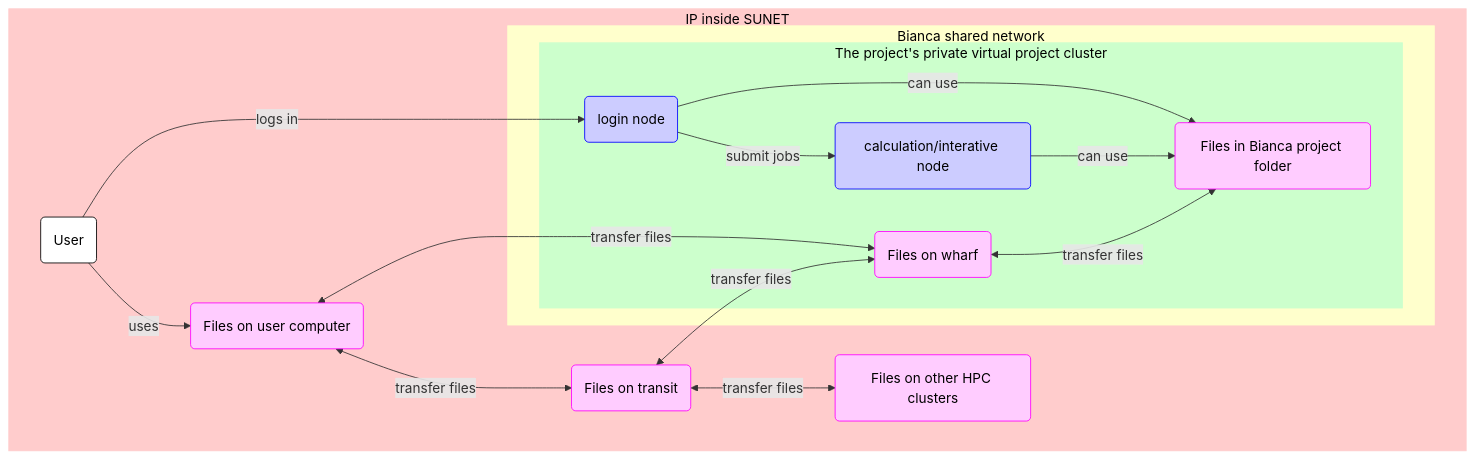
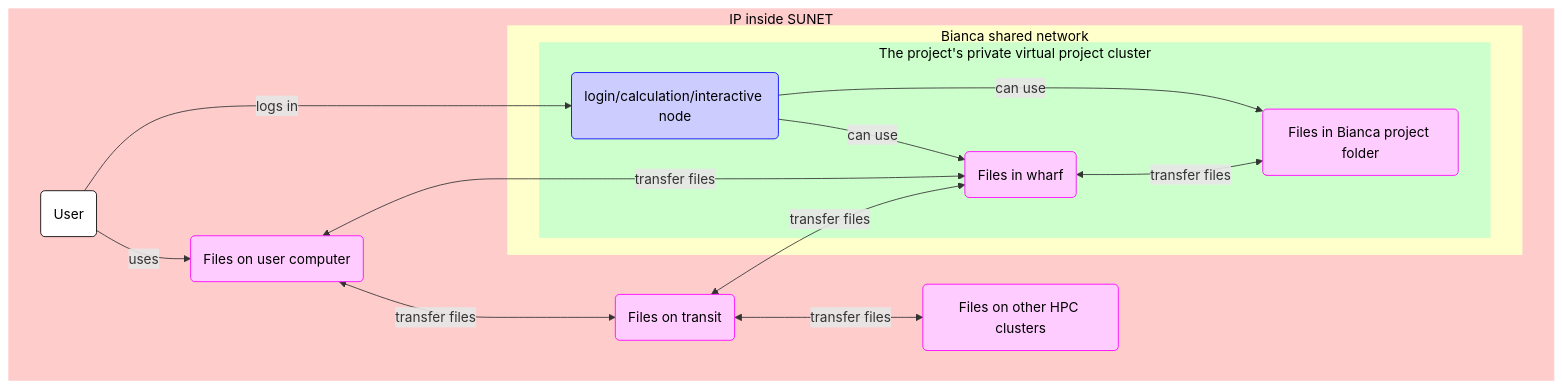
The second of 2 diagrams in docs/cluster_guides/bianca_file_transfer_using_gui.md (UPPMAX/UPPMAX-documentation), drawn with Mermaid before and after one commit. The commit also changed other lines of this file, not shown here.

````diff
--- a/docs/cluster_guides/bianca_file_transfer_using_gui.md
+++ b/docs/cluster_guides/bianca_file_transfer_using_gui.md
@@ -234,42 +232,40 @@
 ```mermaid
 flowchart TD
 
     %% Give a white background to all nodes, instead of a transparent one
     classDef node fill:#fff,color:#000,stroke:#000
 
     %% Graph nodes for files and calculations
     classDef file_node fill:#fcf,color:#000,stroke:#f0f
     classDef calculation_node fill:#ccf,color:#000,stroke:#00f
 
     subgraph sub_inside[IP inside SUNET]
       subgraph sub_bianca_shared_env[Bianca shared network]
         subgraph sub_bianca_private_env[The project's private virtual project cluster]
-          login_node(login node):::calculation_node
-          files_on_wharf(Files on wharf):::file_node
-          calculation_node(calculation/interative node):::calculation_node
+          login_node(login/calculation/interactive node):::calculation_node
+          files_in_wharf(Files in wharf):::file_node
           files_in_bianca_project(Files in Bianca project folder):::file_node
         end
       end
       user(User)
       user_local_files(Files on user computer):::file_node
       files_on_transit(Files on transit):::file_node
       files_on_other_clusters(Files on other HPC clusters):::file_node
     end
 
     %% Shared subgraph color scheme
     %% style sub_outside fill:#ccc,color:#000,stroke:#ccc
     style sub_inside fill:#fcc,color:#000,stroke:#fcc
     style sub_bianca_shared_env fill:#ffc,color:#000,stroke:#ffc
     style sub_bianca_private_env fill:#cfc,color:#000,stroke:#cfc
 
     user --> |logs in |login_node
     user --> |uses| user_local_files
-    user_local_files <--> |transfer files|files_on_wharf
+    user_local_files <--> |transfer files|files_in_wharf
     user_local_files <--> |transfer files|files_on_transit
-    files_on_transit <--> |transfer files|files_on_wharf
+    files_on_transit <--> |transfer files|files_in_wharf
     files_on_transit <--> |transfer files|files_on_other_clusters
-    login_node --> |submit jobs|calculation_node
     login_node --> |can use|files_in_bianca_project
-    calculation_node --> |can use|files_in_bianca_project
-    files_on_wharf <--> |transfer files| files_in_bianca_project
+    login_node --> |can use|files_in_wharf
+    files_in_wharf <--> |transfer files| files_in_bianca_project
 ```
````
